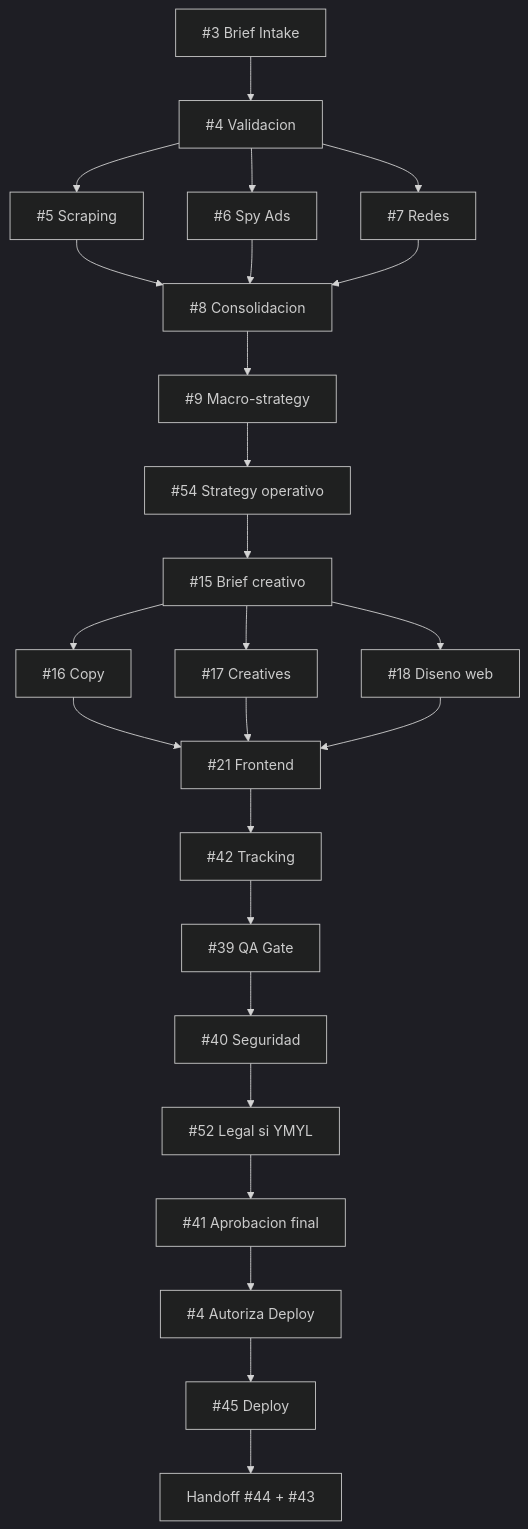
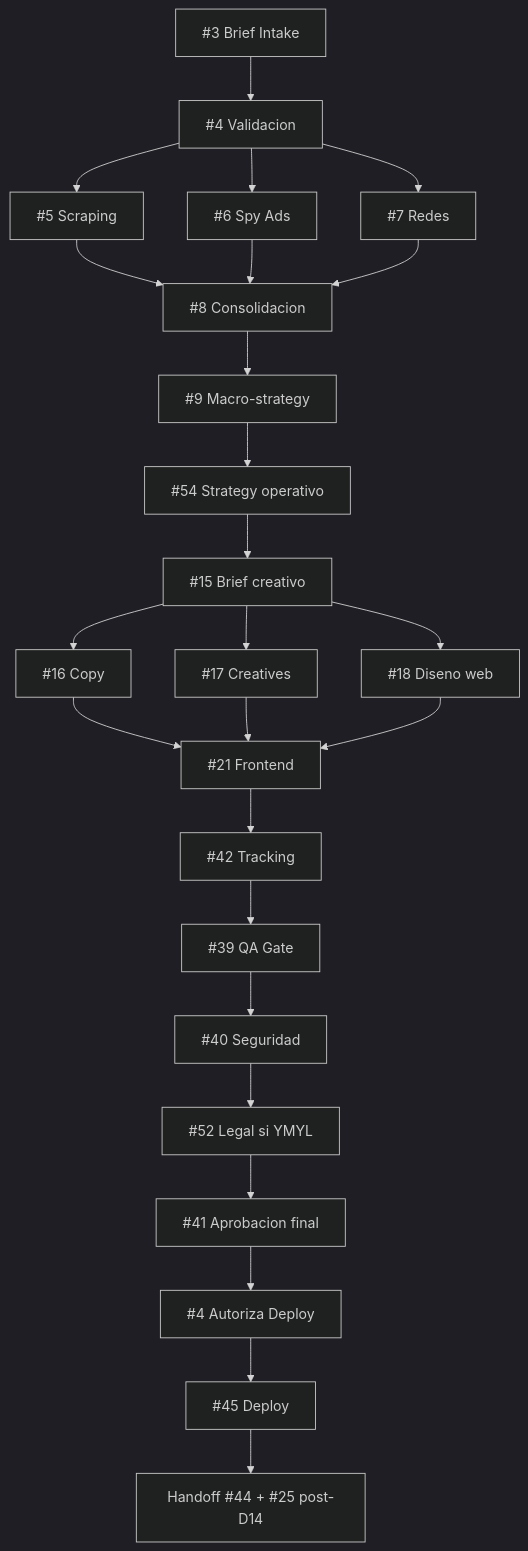
Before and after one commit to AddendoGrowthPartner/addendo-website: the diagram in .claude/agents/skills-globales/project-manager.md, drawn with Mermaid (dark theme). The commit also changed other lines of this file and 2 other files, not shown here.

````diff
--- a/.claude/agents/skills-globales/project-manager.md
+++ b/.claude/agents/skills-globales/project-manager.md
@@ -1150,27 +1156,27 @@
 ```mermaid
 graph TD
   A[#3 Brief Intake] --> B[#4 Validacion]
   B --> C[#5 Scraping]
   B --> D[#6 Spy Ads]
   B --> E[#7 Redes]
   C --> F[#8 Consolidacion]
   D --> F
   E --> F
   F --> G[#9 Macro-strategy]
   G --> H[#54 Strategy operativo]
   H --> I[#15 Brief creativo]
   I --> J[#16 Copy]
   I --> K[#17 Creatives]
   I --> L[#18 Diseno web]
   J --> M[#21 Frontend]
   K --> M
   L --> M
   M --> N[#42 Tracking]
   N --> O[#39 QA Gate]
   O --> P[#40 Seguridad]
   P --> Q[#52 Legal si YMYL]
   Q --> R[#41 Aprobacion final]
   R --> S[#4 Autoriza Deploy]
   S --> T[#45 Deploy]
-  T --> U[Handoff #44 + #43]
+  T --> U[Handoff #44 + #25 post-D14]
 ```
````
